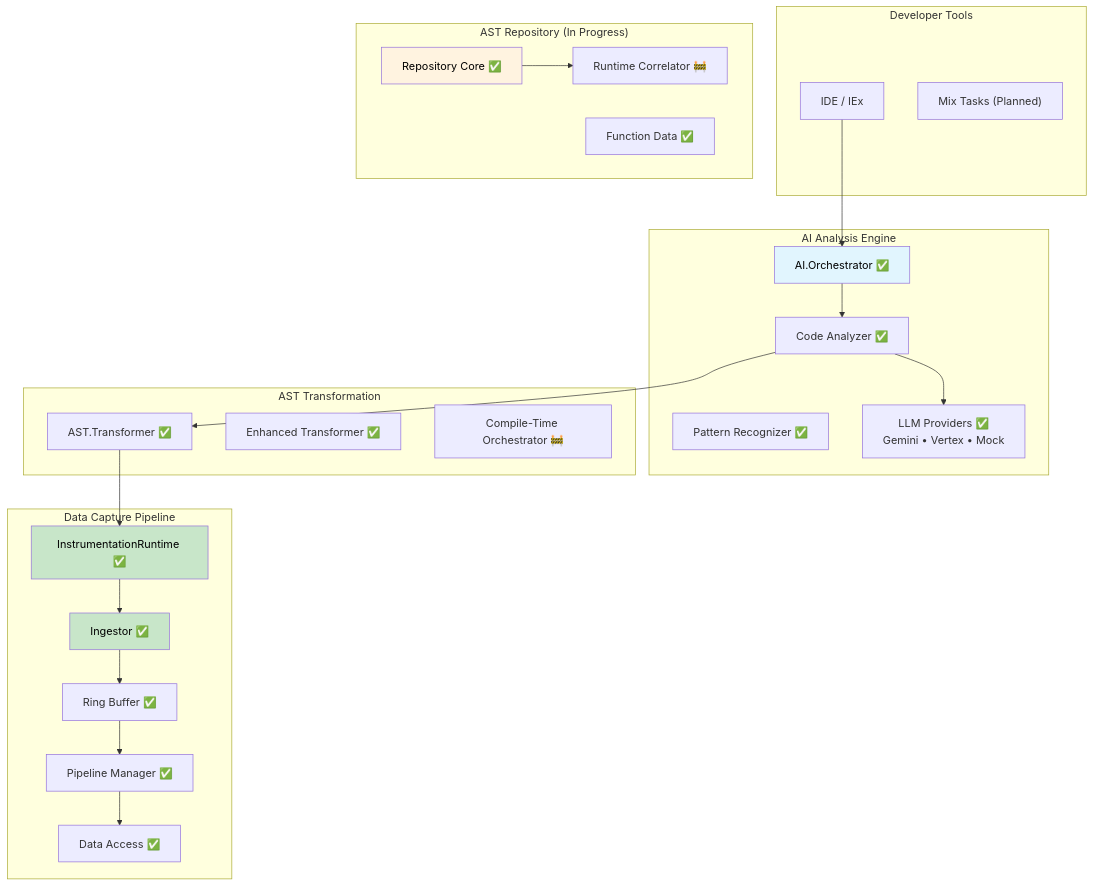
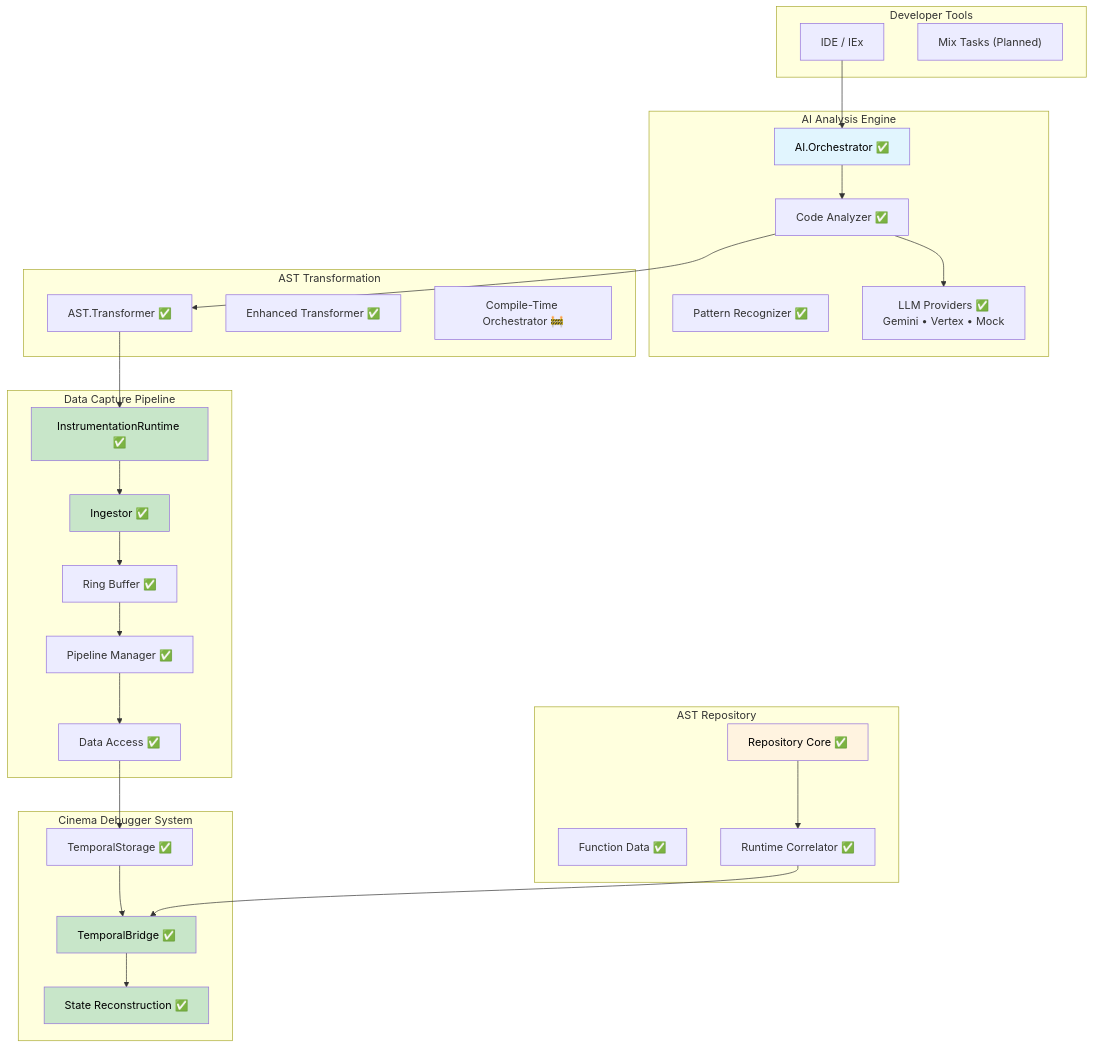
One commit to nshkrdotcom/ElixirScope changed the diagram in README.md. Above: the diagram before and after it, drawn with Mermaid. The commit also changed other lines of this file, not shown here.

````diff
--- a/README.md
+++ b/README.md
@@ -92,50 +130,62 @@
 ```mermaid
 graph TD
     subgraph "Developer Tools"
         IDE["IDE / IEx"]
         MixTask["Mix Tasks (Planned)"]
     end
 
     subgraph "AI Analysis Engine"
         Orchestrator["AI.Orchestrator ✅"]
         CodeAnalyzer["Code Analyzer ✅"]
         PatternRecognizer["Pattern Recognizer ✅"]
         LLMProviders["LLM Providers ✅<br/>Gemini • Vertex • Mock"]
     end
 
     subgraph "AST Transformation"
         Transformer["AST.Transformer ✅"]
         EnhancedTransformer["Enhanced Transformer ✅"]
         CompileTime["Compile-Time Orchestrator 🚧"]
     end
 
     subgraph "Data Capture Pipeline"
         Runtime["InstrumentationRuntime ✅"]
         Ingestor["Ingestor ✅"]
         RingBuffer["Ring Buffer ✅"]
         Pipeline["Pipeline Manager ✅"]
         Storage["Data Access ✅"]
     end
 
-    subgraph "AST Repository (In Progress)"
+    subgraph "Cinema Debugger System"
+        TemporalStorage["TemporalStorage ✅"]
+        TemporalBridge["TemporalBridge ✅"]
+        StateReconstruction["State Reconstruction ✅"]
+    end
+
+    subgraph "AST Repository"
         Repository["Repository Core ✅"]
         FunctionData["Function Data ✅"] 
-        Correlator["Runtime Correlator 🚧"]
+        Correlator["Runtime Correlator ✅"]
     end
 
     IDE --> Orchestrator
     Orchestrator --> CodeAnalyzer
     CodeAnalyzer --> LLMProviders
     CodeAnalyzer --> Transformer
     Transformer --> Runtime
     Runtime --> Ingestor
     Ingestor --> RingBuffer
     RingBuffer --> Pipeline
     Pipeline --> Storage
+    Storage --> TemporalStorage
+    TemporalStorage --> TemporalBridge
+    TemporalBridge --> StateReconstruction
     Repository --> Correlator
+    Correlator --> TemporalBridge
     
     style Runtime fill:#c8e6c9,color:#000
     style Ingestor fill:#c8e6c9,color:#000
     style Orchestrator fill:#e1f5fe,color:#000
     style Repository fill:#fff3e0,color:#000
+    style TemporalBridge fill:#c8e6c9,color:#000
+    style StateReconstruction fill:#c8e6c9,color:#000
 ```
````
